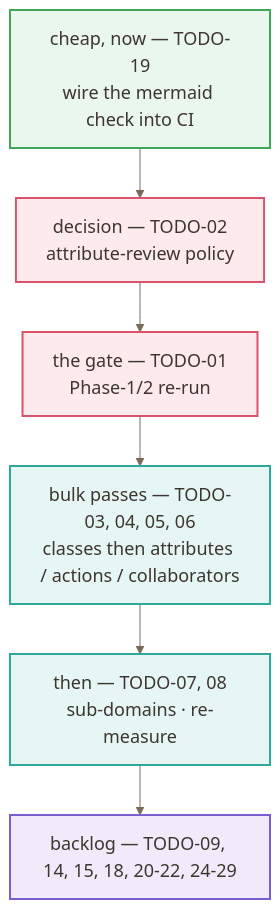
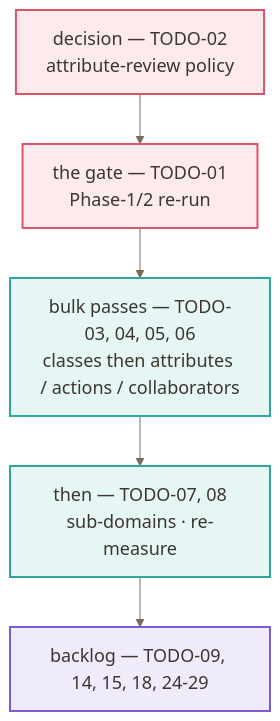
Before and after one commit to joerg-rade/domox: the second of 2 diagrams in TODO.md, drawn with Mermaid. The commit also changed other lines of this file and 12 other files, not shown here.

````diff
--- a/TODO.md
+++ b/TODO.md
@@ -411,18 +381,19 @@
 ```mermaid
 %%{init: {'theme':'base','themeVariables':{'fontSize':'18px','primaryColor':'#FFF4E5','primaryTextColor':'#3D3630','primaryBorderColor':'#E8A33D','lineColor':'#7A6A5A','secondaryColor':'#E8F1FD','tertiaryColor':'#F0EBFB','clusterBkg':'#FBF7F1','clusterBorder':'#E0D3C0','background':'#FFFFFF'}}}%%
-%% One column, stacked bands — the cheap wins first, then the gate, then the bulk passes.
+%% C4 level 2 (container) — the ordering of the remaining work: a decision, the gate, then the bulk
+%% passes.  Deliberately ONE column: a wide diagram is shrunk to unreadable in a narrow viewer, and
+%% every node carries an explicit classDef (an UNSTYLED box renders dark-on-dark in the IntelliJ
+%% Cline plugin, whatever the init theme says).  See docs/formatting/readability-guide.md.
 flowchart TD
-    classDef cheap fill:#E9F7EC,stroke:#3FA65A,stroke-width:2px,color:#3D3630
     classDef gate fill:#FDEAEC,stroke:#D9536B,stroke-width:2px,color:#3D3630
     classDef bulk fill:#E6F6F4,stroke:#2FA79B,stroke-width:2px,color:#3D3630
     classDef later fill:#F0EBFB,stroke:#7C5CD1,stroke-width:2px,color:#3D3630
 
-    A["cheap, now — TODO-19<br/>wire the mermaid check into CI"]:::cheap
     B["decision — TODO-02<br/>attribute-review policy"]:::gate
     C["the gate — TODO-01<br/>Phase-1/2 re-run"]:::gate
     D["bulk passes — TODO-03, 04, 05, 06<br/>classes then attributes / actions / collaborators"]:::bulk
     E["then — TODO-07, 08<br/>sub-domains · re-measure"]:::bulk
-    F["backlog — TODO-09, 14, 15, 18, 20-22, 24-29"]:::later
+    F["backlog — TODO-09, 14, 15, 18, 24-29"]:::later
 
-    A --> B --> C --> D --> E --> F
+    B --> C --> D --> E --> F
 ```
````
